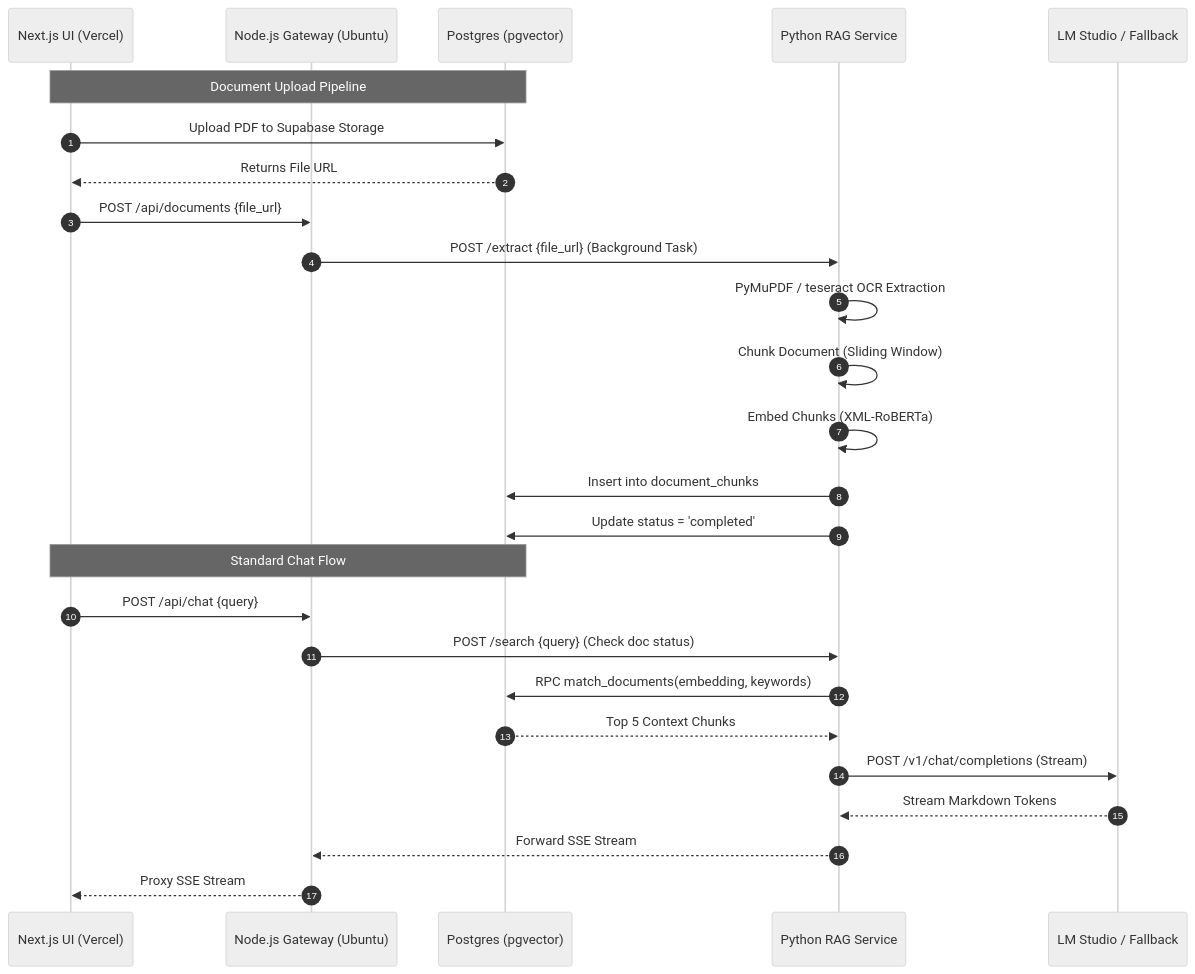
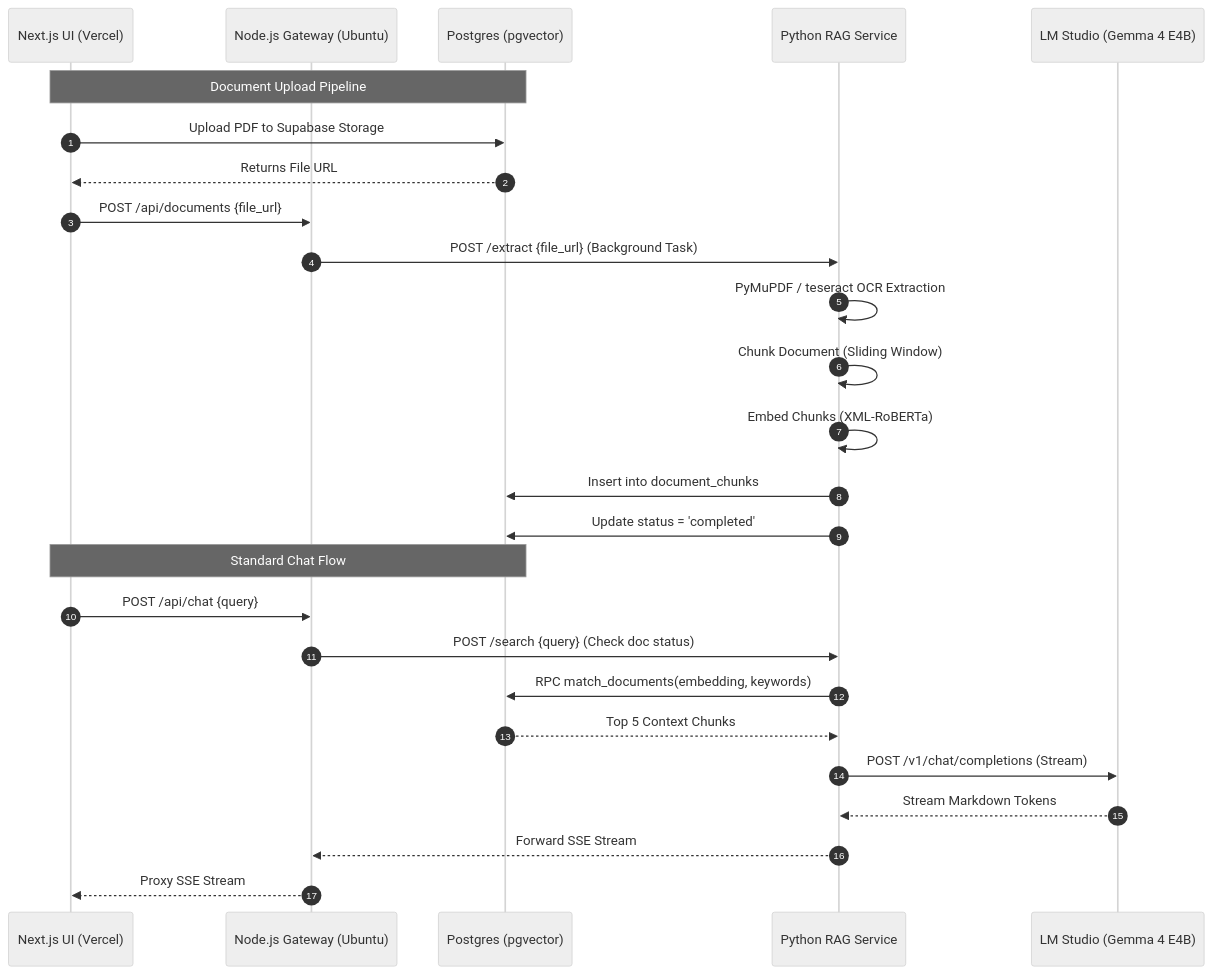
Before and after one commit to rencelibrando/civilex-thesis: the first of 2 diagrams in frontend/docs/ARCHITECTURE.md, drawn with Mermaid (neutral theme). The commit also changed other lines of this file and 17 other files, not shown here.

````diff
--- a/frontend/docs/ARCHITECTURE.md
+++ b/frontend/docs/ARCHITECTURE.md
@@ -24,32 +23,32 @@
 ```mermaid
 sequenceDiagram
     autonumber
     participant Client as Next.js UI (Vercel)
     participant Node as Node.js Gateway (Ubuntu)
     participant DB as Postgres (pgvector)
     participant FastAPI as Python RAG Service
-    participant LLM as LM Studio / Fallback
+    participant LLM as LM Studio (Gemma 4 E4B)
 
     %% Document Upload Flow
     Note over Client, DB: Document Upload Pipeline
     Client->>DB: Upload PDF to Supabase Storage
     DB-->>Client: Returns File URL
     Client->>Node: POST /api/documents {file_url}
     Node->>FastAPI: POST /extract {file_url} (Background Task)
     FastAPI->>FastAPI: PyMuPDF / teseract OCR Extraction
     FastAPI->>FastAPI: Chunk Document (Sliding Window)
     FastAPI->>FastAPI: Embed Chunks (XML-RoBERTa)
     FastAPI->>DB: Insert into document_chunks
     FastAPI->>DB: Update status = 'completed'
 
     %% Chat Flow
     Note over Client, DB: Standard Chat Flow
     Client->>Node: POST /api/chat {query}
     Node->>FastAPI: POST /search {query} (Check doc status)
     FastAPI->>DB: RPC match_documents(embedding, keywords)
     DB-->>FastAPI: Top 5 Context Chunks
     FastAPI->>LLM: POST /v1/chat/completions (Stream)
     LLM-->>FastAPI: Stream Markdown Tokens
     FastAPI-->>Node: Forward SSE Stream
     Node-->>Client: Proxy SSE Stream
 ```
````
